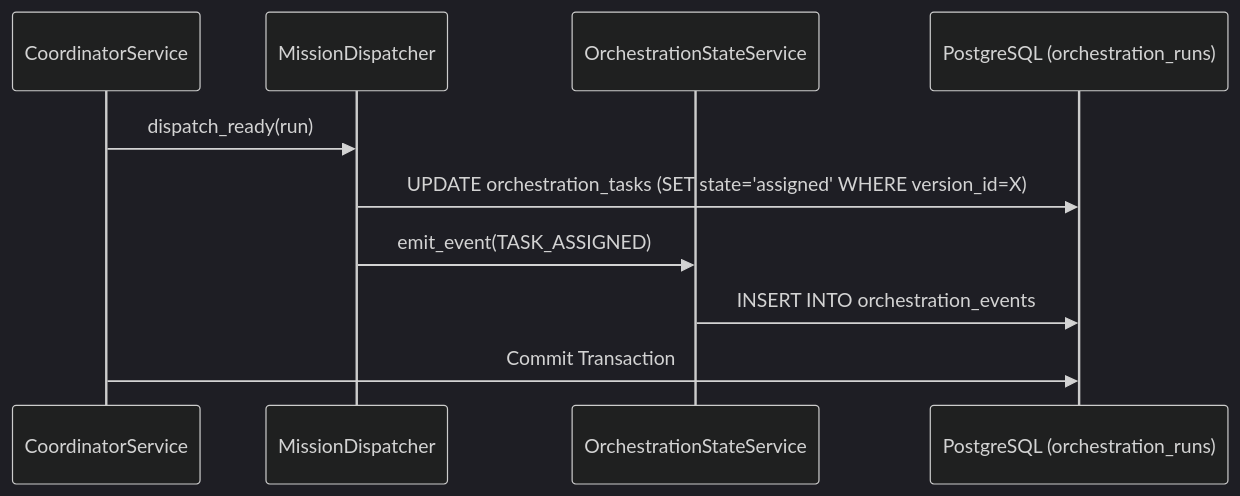
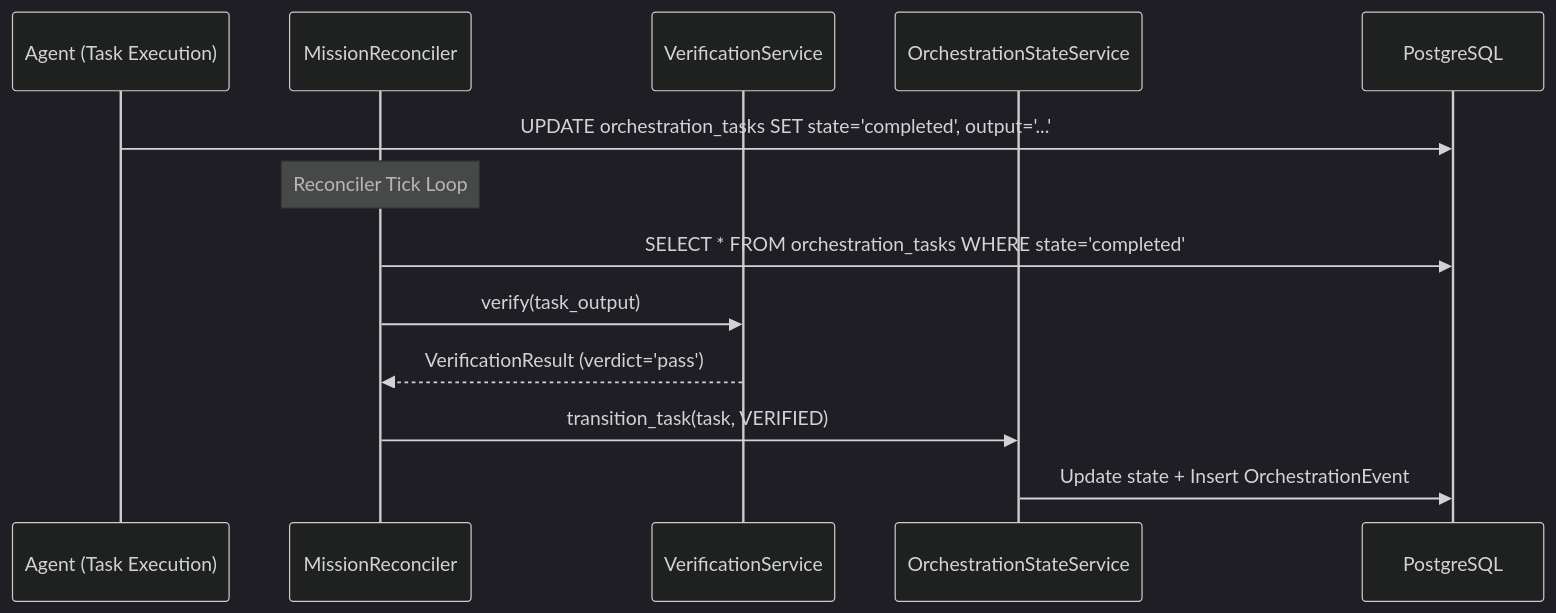
Before and after one commit to AutomatosAI/automatos-ai: the third of 3 diagrams in docs/missions-multi-agent-coordination/mission-data-model.md, drawn with Mermaid (dark theme). The commit also changed other lines of this file and 153 other files, not shown here.

````diff
--- a/docs/missions-multi-agent-coordination/mission-data-model.md
+++ b/docs/missions-multi-agent-coordination/mission-data-model.md
@@ -123,13 +142,16 @@
 ```mermaid
 sequenceDiagram
-    participant C as CoordinatorService
-    participant D as MissionDispatcher
+    participant AG as Agent (Task Execution)
+    participant RC as MissionReconciler
+    participant VS as VerificationService
     participant S as OrchestrationStateService
-    participant DB as PostgreSQL (orchestration_runs)
+    participant DB as PostgreSQL
 
-    C->>D: dispatch_ready(run)
-    D->>DB: UPDATE orchestration_tasks (SET state='assigned' WHERE version_id=X)
-    D->>S: emit_event(TASK_ASSIGNED)
-    S->>DB: INSERT INTO orchestration_events
-    C->>DB: Commit Transaction
+    AG->>DB: UPDATE orchestration_tasks SET state='completed', output='...'
+    Note over RC: Reconciler Tick Loop
+    RC->>DB: SELECT * FROM orchestration_tasks WHERE state='completed'
+    RC->>VS: verify(task_output)
+    VS-->>RC: VerificationResult (verdict='pass')
+    RC->>S: transition_task(task, VERIFIED)
+    S->>DB: Update state + Insert OrchestrationEvent
 ```
````
